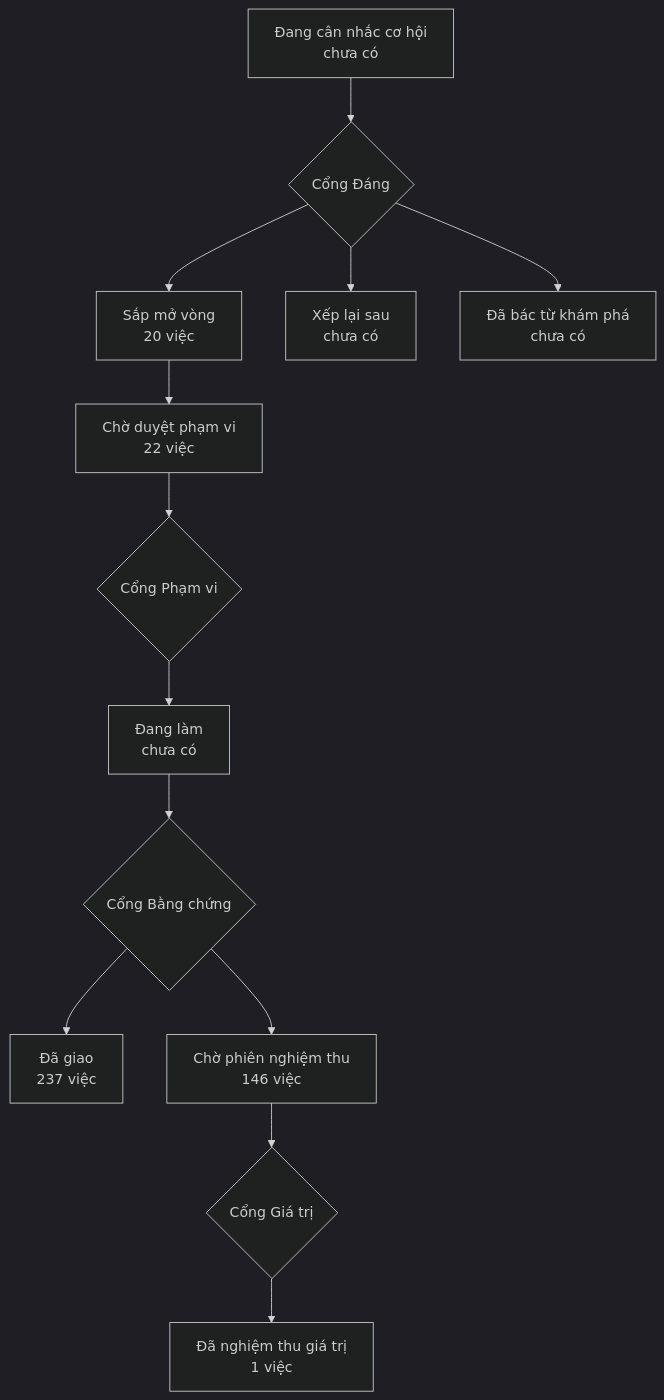
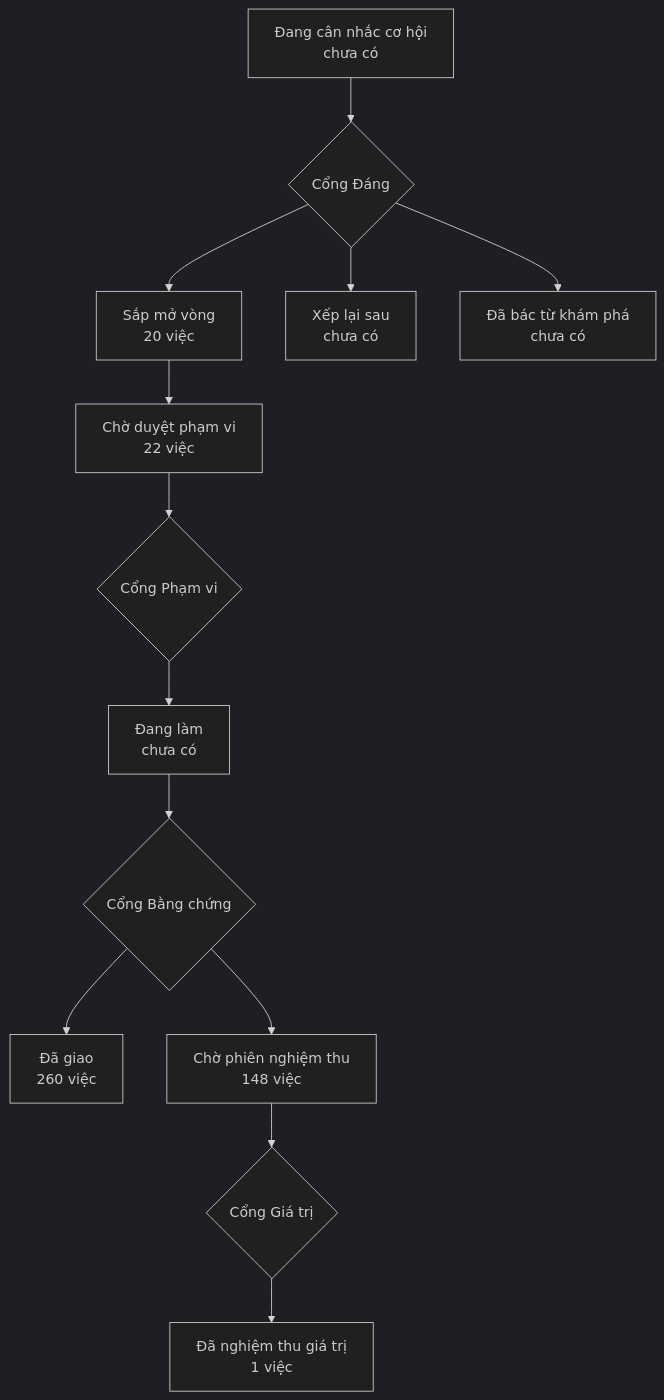
Before and after one commit to phanlemanh/onehub-invest: the diagram in PRODUCT-MAP.md, drawn with Mermaid (dark theme). The commit also changed other lines of this file and 1 other file, not shown here.

````diff
--- a/PRODUCT-MAP.md
+++ b/PRODUCT-MAP.md
@@ -7,12 +7,12 @@
 ```mermaid
 flowchart TD
   A["Đang cân nhắc cơ hội<br/>chưa có"] --> GD{"Cổng Đáng"}
   GD --> B["Sắp mở vòng<br/>20 việc"]
   GD --> XL["Xếp lại sau<br/>chưa có"]
   GD --> DB["Đã bác từ khám phá<br/>chưa có"]
   B --> CD["Chờ duyệt phạm vi<br/>22 việc"] --> GP{"Cổng Phạm vi"}
   GP --> DL["Đang làm<br/>chưa có"] --> GB{"Cổng Bằng chứng"}
-  GB --> DG["Đã giao<br/>237 việc"]
-  GB --> CN["Chờ phiên nghiệm thu<br/>146 việc"] --> GG{"Cổng Giá trị"}
+  GB --> DG["Đã giao<br/>260 việc"]
+  GB --> CN["Chờ phiên nghiệm thu<br/>148 việc"] --> GG{"Cổng Giá trị"}
   GG --> NT["Đã nghiệm thu giá trị<br/>1 việc"]
 ```
````
